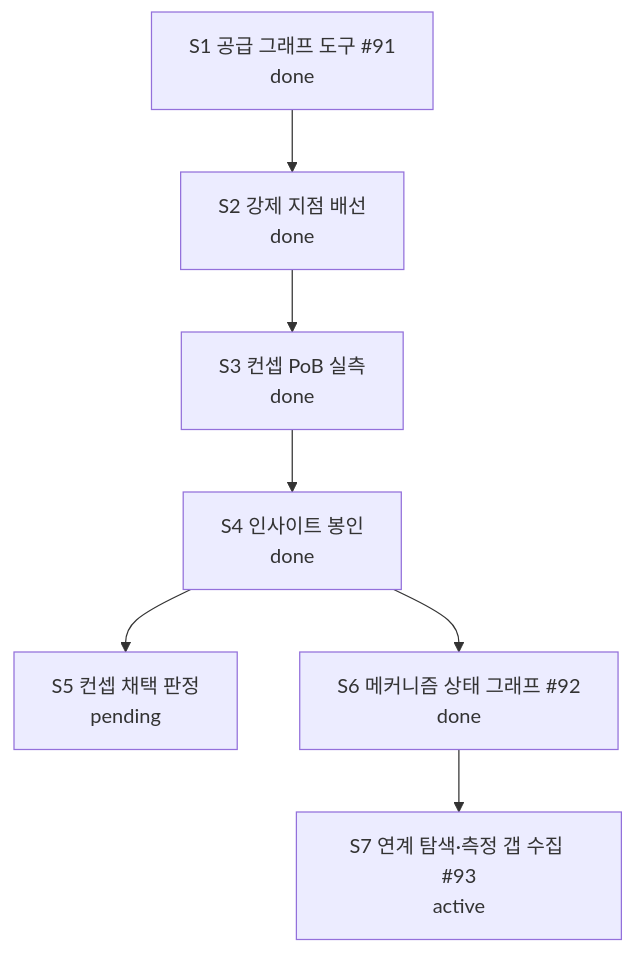
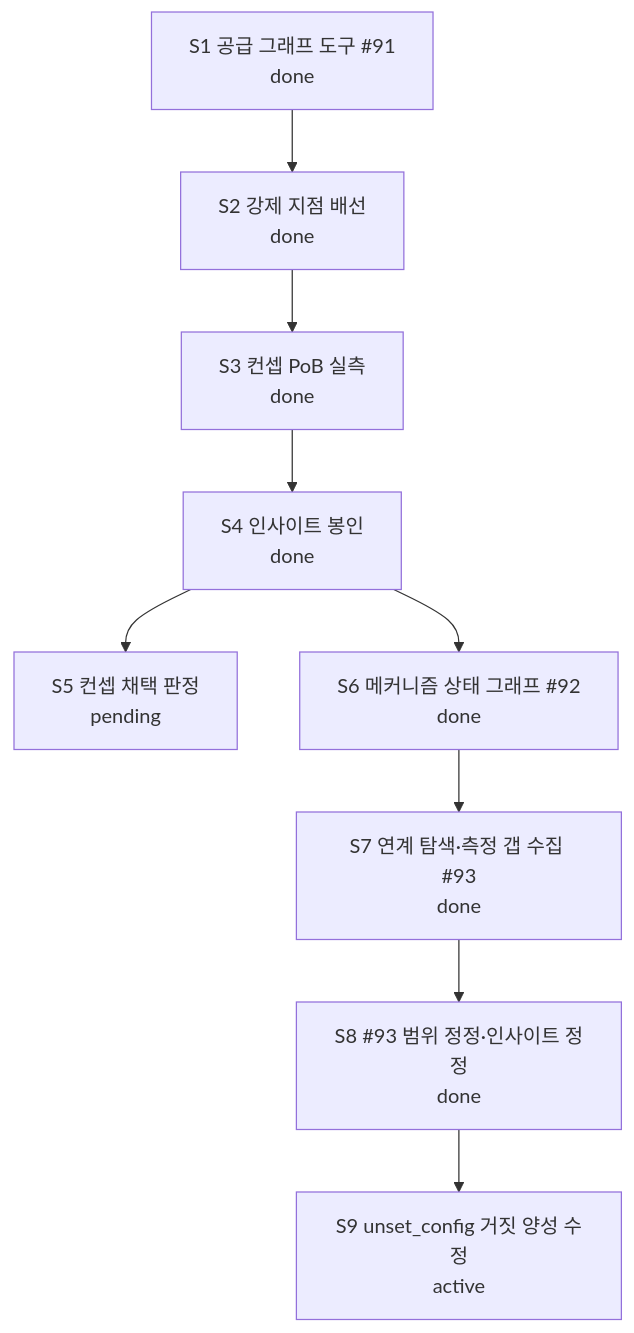
Before and after one commit to skerfolg/poe2-ai-wiki: the diagram in docs/CURRENT-PLAN.md, drawn with Mermaid. The commit also changed other lines of this file and 5 other files, not shown here.

First line of the commit message:
#93 해결 — unset_config 거짓 양성 2종 차단 (극성·승수형 의미) (#91)

````diff
--- a/docs/CURRENT-PLAN.md
+++ b/docs/CURRENT-PLAN.md
@@ -22,12 +22,14 @@
 ```mermaid
 flowchart TD
   TOOL["S1 공급 그래프 도구 #91<br/>done"]
   WIRE["S2 강제 지점 배선<br/>done"]
   MEASURE["S3 컨셉 PoB 실측<br/>done"]
   SEAL["S4 인사이트 봉인<br/>done"]
   VERDICT["S5 컨셉 채택 판정<br/>pending"]
   MECH["S6 메커니즘 상태 그래프 #92<br/>done"]
-  GAPS["S7 연계 탐색·측정 갭 수집 #93<br/>active"]
+  GAPS["S7 연계 탐색·측정 갭 수집 #93<br/>done"]
+  FIX["S8 #93 범위 정정·인사이트 정정<br/>done"]
+  ROOT["S9 unset_config 거짓 양성 수정<br/>active"]
   TOOL --> WIRE --> MEASURE --> SEAL --> VERDICT
-  SEAL --> MECH --> GAPS
+  SEAL --> MECH --> GAPS --> FIX --> ROOT
 ```
````
